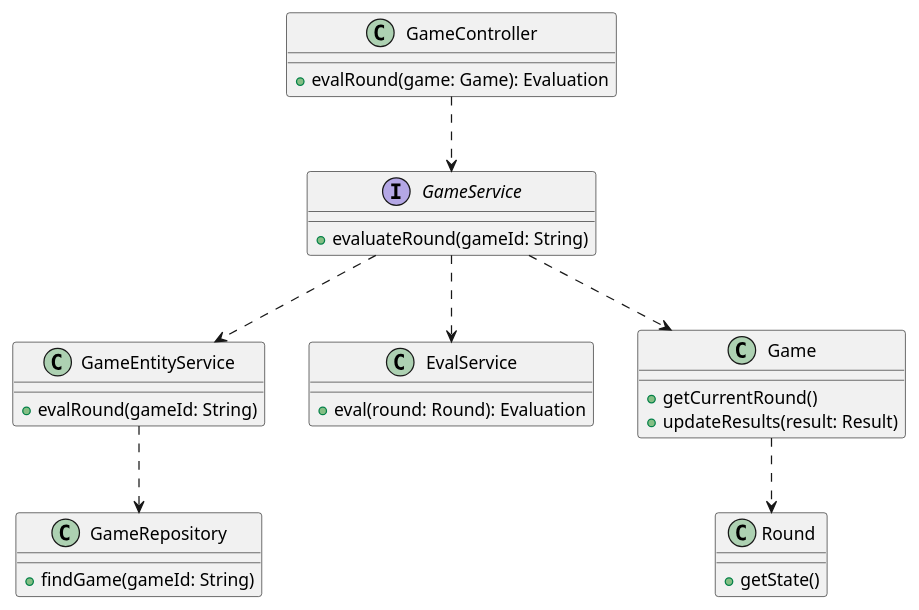
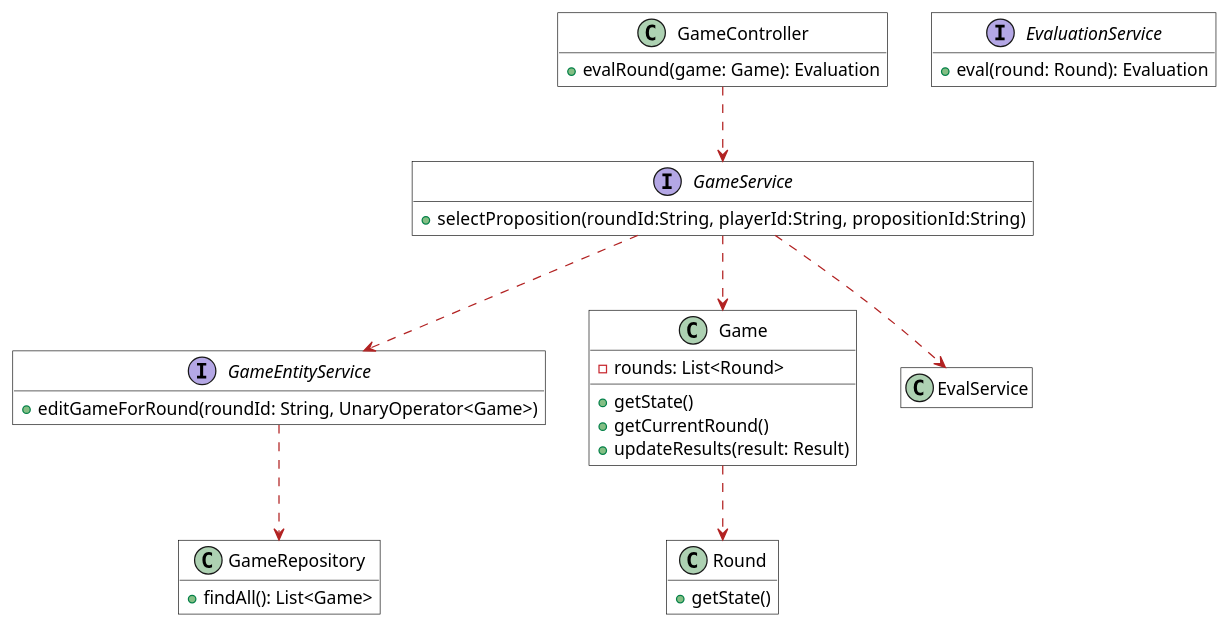
One commit to patrickwinti/worldwidewalter changed the diagram in docs/diagrams/smol/DCD_EvaluationRound.plantuml. Above: the diagram before and after it, drawn with PlantUML. The commit also changed 1 other file, not shown here.

```diff
--- a/docs/diagrams/smol/DCD_EvaluationRound.plantuml
+++ b/docs/diagrams/smol/DCD_EvaluationRound.plantuml
@@ -1,40 +1,52 @@
 @startuml
-Interface GameService {
-    +evaluateRound(gameId: String)
+skinparam class {
+    BackgroundColor white
+    BorderColor Black
+    FontColor Black
+    ArrowColor Firebrick
+}
+skinparam roundcorner 0
+hide empty members
+
+
+interface GameService {
+    +selectProposition(roundId:String,  playerId:String,  propositionId:String)
 }
 
-class GameEntityService {
-    +evalRound(gameId: String)
+interface GameEntityService {
+    +editGameForRound(roundId: String, UnaryOperator<Game>)
 }
 
-class EvalService {
+interface EvaluationService {
     +eval(round: Round): Evaluation
 }
 
 class Game {
+    -rounds: List<Round>
+    +getState()
     +getCurrentRound()
     +updateResults(result: Result)
 }
 
 class Round {
     +getState()
 }
 
 class GameRepository {
-    +findGame(gameId: String)
+    +findAll(): List<Game>
 }
 
 class GameController {
     +evalRound(game: Game): Evaluation
 }
 
 
 GameController ..> GameService
 GameService ..> GameEntityService
 GameService ..> EvalService
 GameService ..> Game
 GameEntityService ..> GameRepository
 Game..> Round
 
 
 @enduml
```
